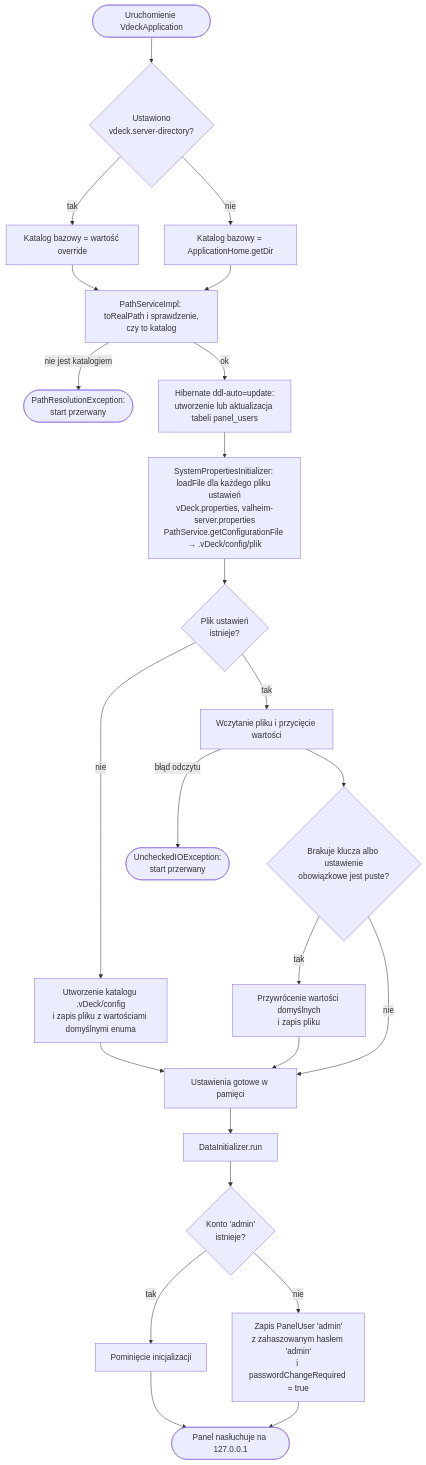
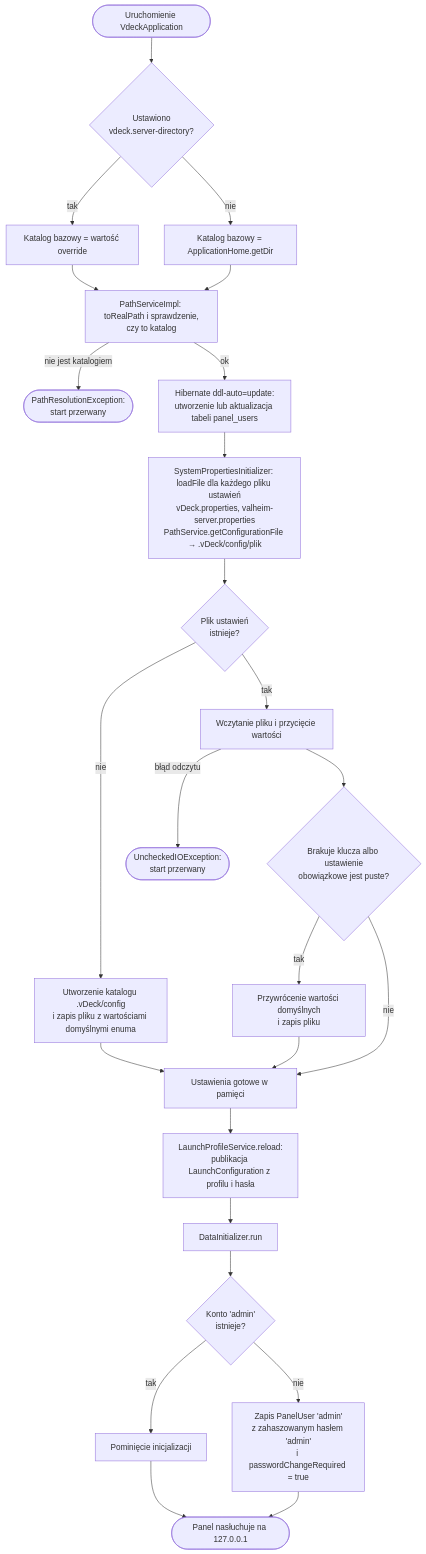
One commit to Pplociennik/vDeck changed the diagram in dokumentacja/diagramy/wspolne/przeplyw-start-aplikacji.mmd. Above: the diagram before and after it, drawn with Mermaid. The commit also changed 85 other files, not shown here.

```diff
--- a/dokumentacja/diagramy/wspolne/przeplyw-start-aplikacji.mmd
+++ b/dokumentacja/diagramy/wspolne/przeplyw-start-aplikacji.mmd
@@ -1,25 +1,26 @@
 %% Diagram przepływu: start aplikacji vDeck i przygotowanie środowiska
 flowchart TD
     start([Uruchomienie VdeckApplication]) --> home{Ustawiono<br/>vdeck.server-directory?}
     home -- tak --> configured[Katalog bazowy = wartość override]
     home -- nie --> appHome[Katalog bazowy = ApplicationHome.getDir]
     configured --> real[PathServiceImpl: toRealPath i sprawdzenie,<br/>czy to katalog]
     appHome --> real
     real -- nie jest katalogiem --> fail([PathResolutionException:<br/>start przerwany])
     real -- ok --> schema[Hibernate ddl-auto=update:<br/>utworzenie lub aktualizacja tabeli panel_users]
     schema --> props[SystemPropertiesInitializer: loadFile dla każdego pliku ustawień<br/>vDeck.properties, valheim-server.properties<br/>PathService.getConfigurationFile → .vDeck/config/plik]
     props --> exists{Plik ustawień<br/>istnieje?}
     exists -- nie --> create[Utworzenie katalogu .vDeck/config<br/>i zapis pliku z wartościami domyślnymi enuma]
     exists -- tak --> read[Wczytanie pliku i przycięcie wartości]
     read -- błąd odczytu --> readFail([UncheckedIOException:<br/>start przerwany])
     read --> missing{Brakuje klucza albo ustawienie<br/>obowiązkowe jest puste?}
     missing -- tak --> restore[Przywrócenie wartości domyślnych<br/>i zapis pliku]
     missing -- nie --> ready[Ustawienia gotowe w pamięci]
     create --> ready
     restore --> ready
-    ready --> init[DataInitializer.run]
+    ready --> profile[LaunchProfileService.reload:<br/>publikacja LaunchConfiguration z profilu i hasła]
+    profile --> init[DataInitializer.run]
     init --> adminExists{Konto 'admin'<br/>istnieje?}
     adminExists -- tak --> skip[Pominięcie inicjalizacji]
     adminExists -- nie --> createAdmin[Zapis PanelUser 'admin'<br/>z zahaszowanym hasłem 'admin'<br/>i passwordChangeRequired = true]
     skip --> up([Panel nasłuchuje na 127.0.0.1])
     createAdmin --> up
```
